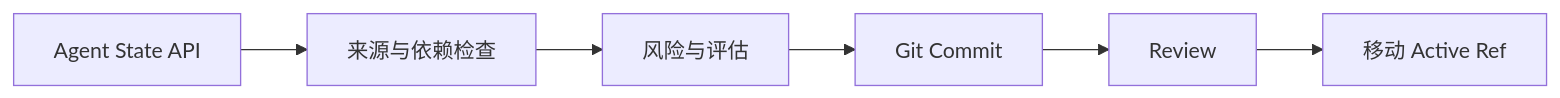
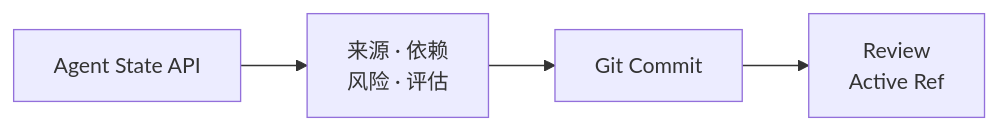
One commit to YinsenWANG/YinsenWANG.github.io changed the seventh of 7 diagrams in src/content/posts/agent-native-git.md. Above: the diagram before and after it, drawn with Mermaid. The commit also changed other lines of this file and 2 other files, not shown here.

Commit message:
Refine Mermaid diagram layouts

````diff
--- a/src/content/posts/agent-native-git.md
+++ b/src/content/posts/agent-native-git.md
@@ -962,8 +958,7 @@
 ```mermaid
+%% size:standard %%
 flowchart LR
-  A[Agent State API] --> B[来源与依赖检查]
-  B --> C[风险与评估]
-  C --> D[Git Commit]
-  D --> E[Review]
-  E --> F[移动 Active Ref]
+  A[Agent State API] --> B["来源 · 依赖<br/>风险 · 评估"]
+  B --> C[Git Commit]
+  C --> D["Review<br/>Active Ref"]
 ```
````
